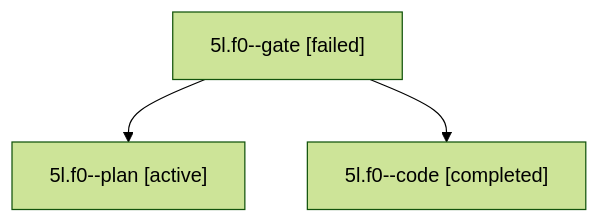
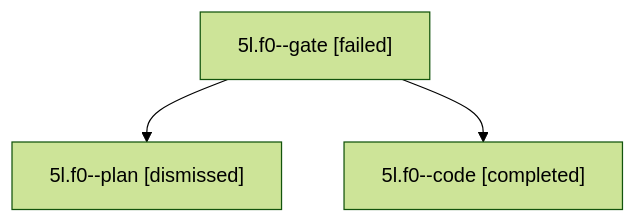
One commit to bobs-org/bob-cli--agents changed the diagram in sessions/bbugyi200.apollo.5l.f0.md. Above: the diagram before and after it, drawn with Mermaid (forest theme). The commit also changed other lines of this file and 16 other files, not shown here.

````diff
--- a/sessions/bbugyi200.apollo.5l.f0.md
+++ b/sessions/bbugyi200.apollo.5l.f0.md
@@ -9,8 +9,8 @@
 ```mermaid
 flowchart TD
   n0["5l.f0--gate [failed]"]
-  n1["5l.f0--plan [active]"]
+  n1["5l.f0--plan [dismissed]"]
   n0 --> n1
   n2["5l.f0--code [completed]"]
   n0 --> n2
 ```
````
